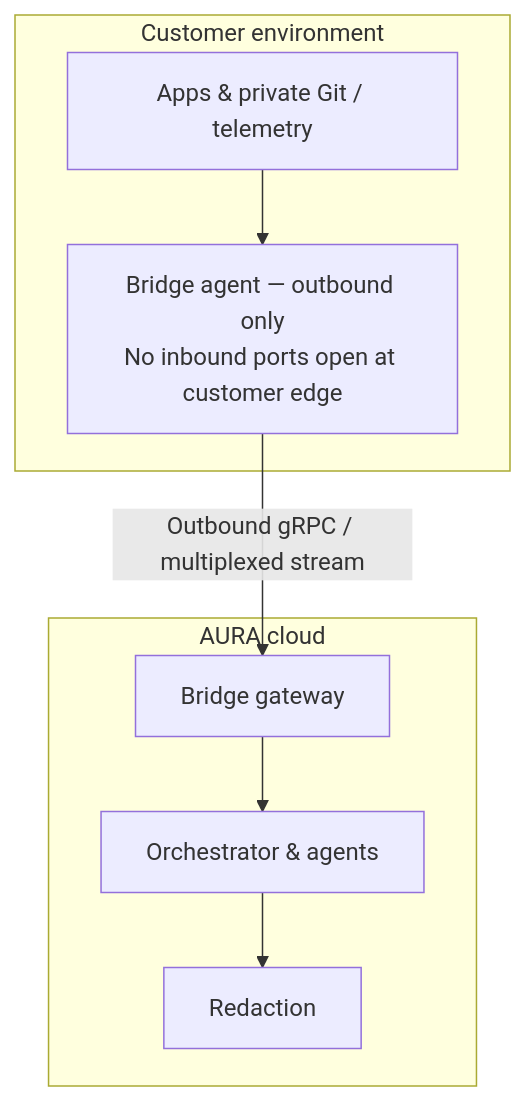
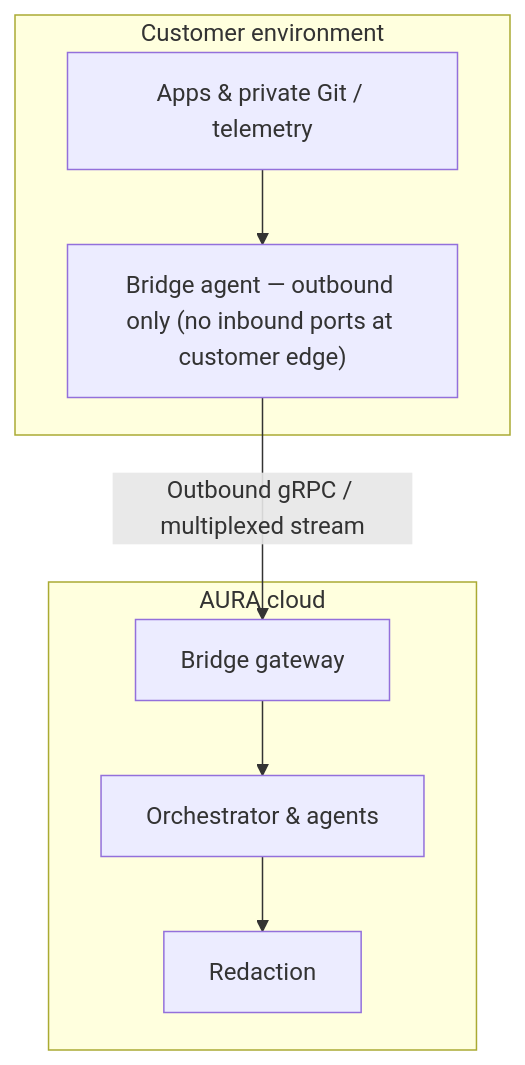
Before and after one commit to sushanth262/AURA: the tenth of 10 diagrams in docs/ARCHITECTURE.md, drawn with Mermaid. The commit also changed other lines of this file, not shown here.

````diff
--- a/docs/ARCHITECTURE.md
+++ b/docs/ARCHITECTURE.md
@@ -342,18 +342,18 @@
 ```mermaid
 flowchart TB
   subgraph Customer["Customer environment"]
     ONPREM[Apps & private Git / telemetry]
-    AGENT["Bridge agent — outbound only<br/>No inbound ports open at customer edge"]
+    AGENT["Bridge agent — outbound only (no inbound ports at customer edge)"]
   end
 
   subgraph Cloud["AURA cloud"]
     GW[Bridge gateway]
     ORCH[Orchestrator & agents]
     SEC[Redaction]
   end
 
   ONPREM --> AGENT
   AGENT -->|Outbound gRPC / multiplexed stream| GW
   GW --> ORCH
   ORCH --> SEC
 ```
````
